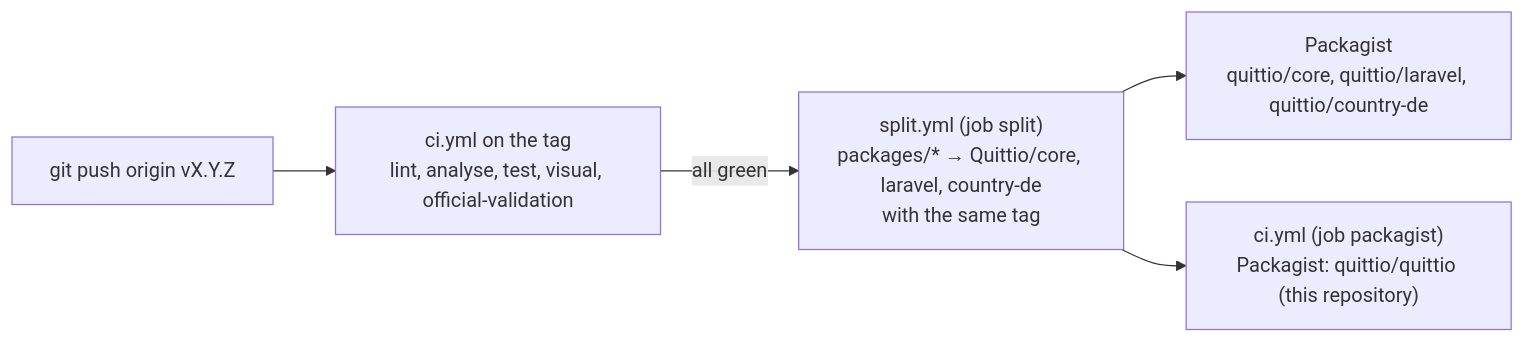
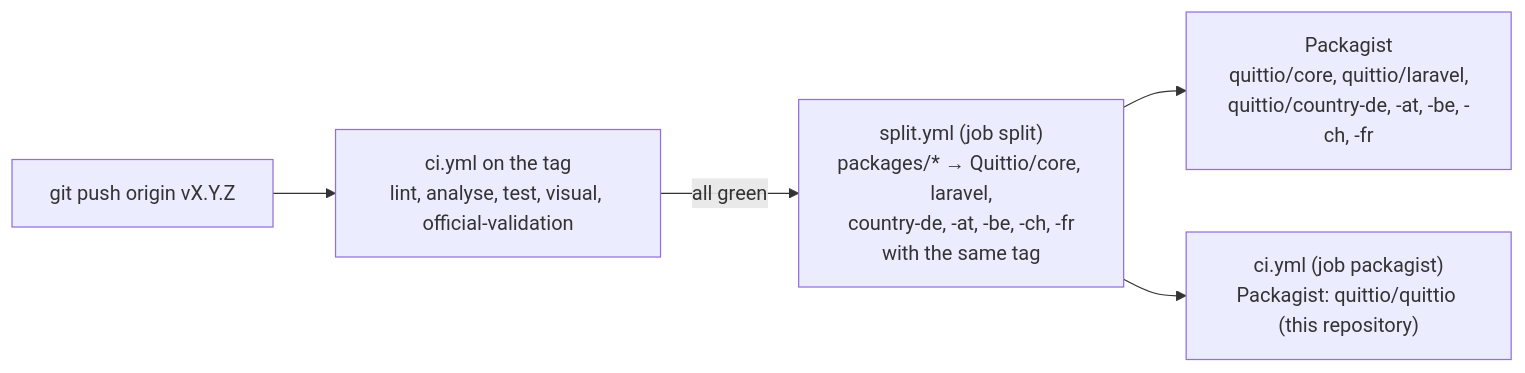
The diagram in RELEASING.md (Quittio/quittio), drawn with Mermaid before and after one commit. The commit also changed other lines of this file and 10 other files, not shown here.

````diff
--- a/RELEASING.md
+++ b/RELEASING.md
@@ -7,7 +7,7 @@
 ```mermaid
 flowchart LR
     T["git push origin vX.Y.Z"] --> CI["ci.yml on the tag<br/>lint, analyse, test, visual, official-validation"]
-    CI -->|all green| S["split.yml (job split)<br/>packages/* → Quittio/core, laravel, country-de<br/>with the same tag"]
-    S --> P["Packagist<br/>quittio/core, quittio/laravel, quittio/country-de"]
+    CI -->|all green| S["split.yml (job split)<br/>packages/* → Quittio/core, laravel,<br/>country-de, -at, -be, -ch, -fr<br/>with the same tag"]
+    S --> P["Packagist<br/>quittio/core, quittio/laravel,<br/>quittio/country-de, -at, -be, -ch, -fr"]
     S --> PQ["ci.yml (job packagist)<br/>Packagist: quittio/quittio (this repository)"]
 ```
````
